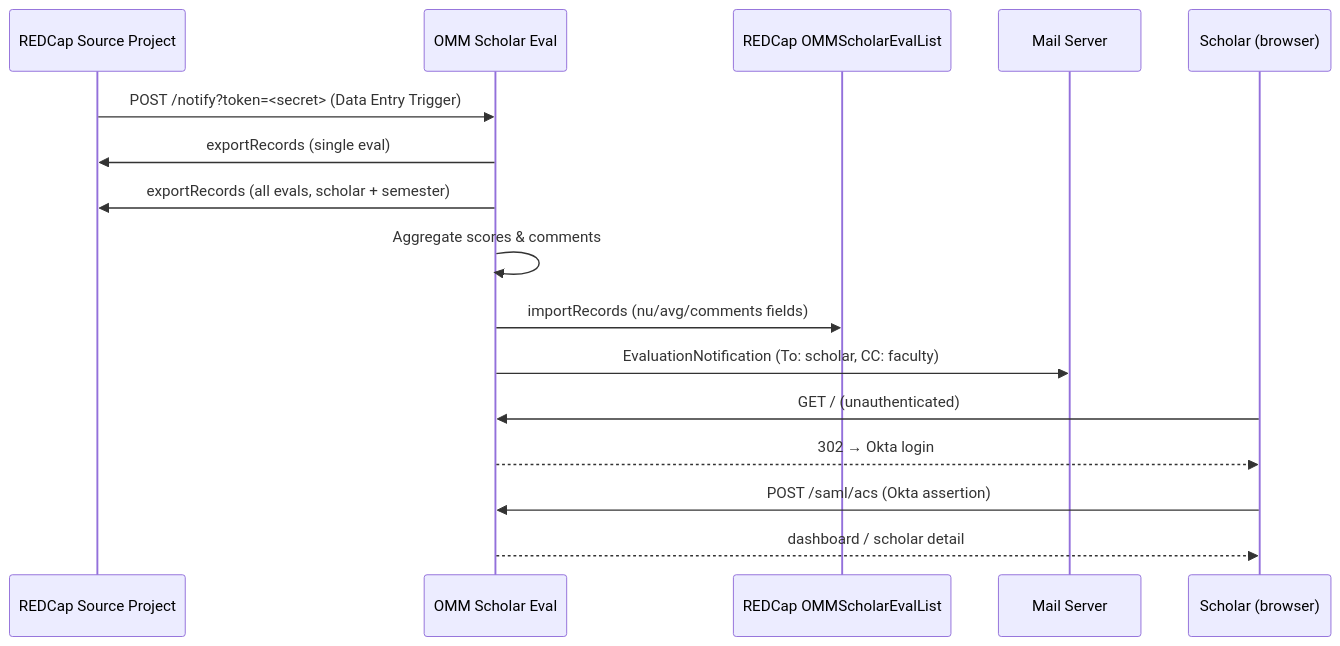
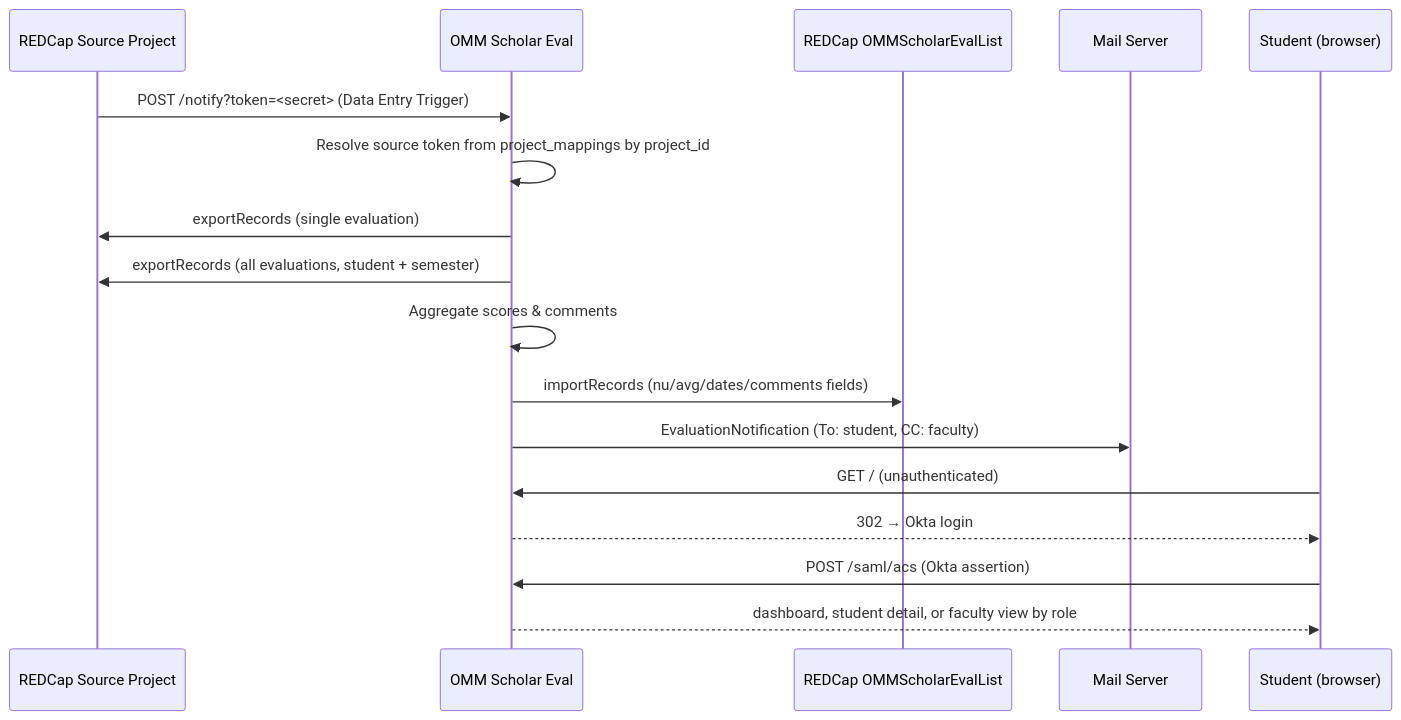
The diagram in README.md (com-atg/OMM-SE), drawn with Mermaid before and after one commit. The commit also changed other lines of this file and 7 other files, not shown here.

````diff
--- a/README.md
+++ b/README.md
@@ -9,20 +9,21 @@
 ```mermaid
 sequenceDiagram
     participant RC as REDCap Source Project
     participant App as OMM Scholar Eval
     participant Dest as REDCap OMMScholarEvalList
     participant Mail as Mail Server
-    participant Scholar as Scholar (browser)
+    participant Student as Student (browser)
 
     RC->>App: POST /notify?token=<secret> (Data Entry Trigger)
-    App->>RC: exportRecords (single eval)
-    App->>RC: exportRecords (all evals, scholar + semester)
+    App->>App: Resolve source token from project_mappings by project_id
+    App->>RC: exportRecords (single evaluation)
+    App->>RC: exportRecords (all evaluations, student + semester)
     App->>App: Aggregate scores & comments
-    App->>Dest: importRecords (nu/avg/comments fields)
-    App->>Mail: EvaluationNotification (To: scholar, CC: faculty)
+    App->>Dest: importRecords (nu/avg/dates/comments fields)
+    App->>Mail: EvaluationNotification (To: student, CC: faculty)
 
-    Scholar->>App: GET / (unauthenticated)
-    App-->>Scholar: 302 → Okta login
-    Scholar->>App: POST /saml/acs (Okta assertion)
-    App-->>Scholar: dashboard / scholar detail
+    Student->>App: GET / (unauthenticated)
+    App-->>Student: 302 → Okta login
+    Student->>App: POST /saml/acs (Okta assertion)
+    App-->>Student: dashboard, student detail, or faculty view by role
 ```
````
